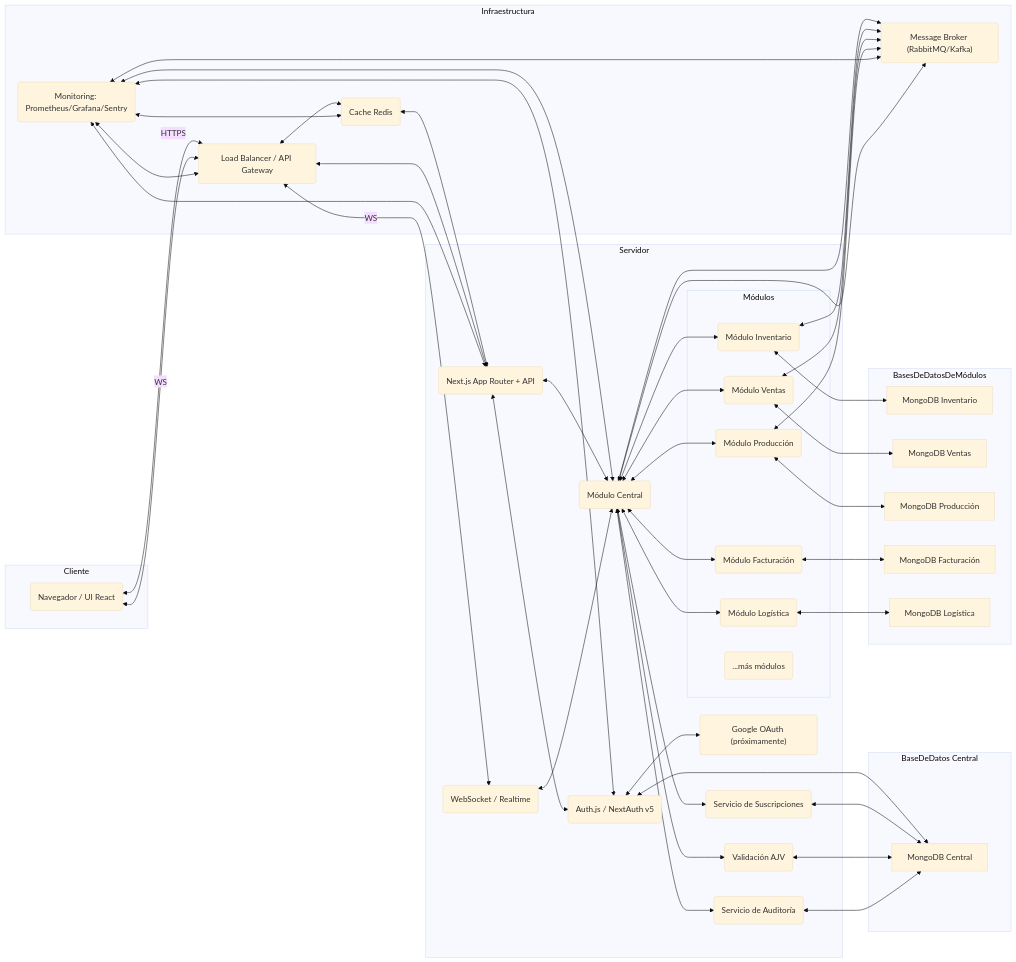
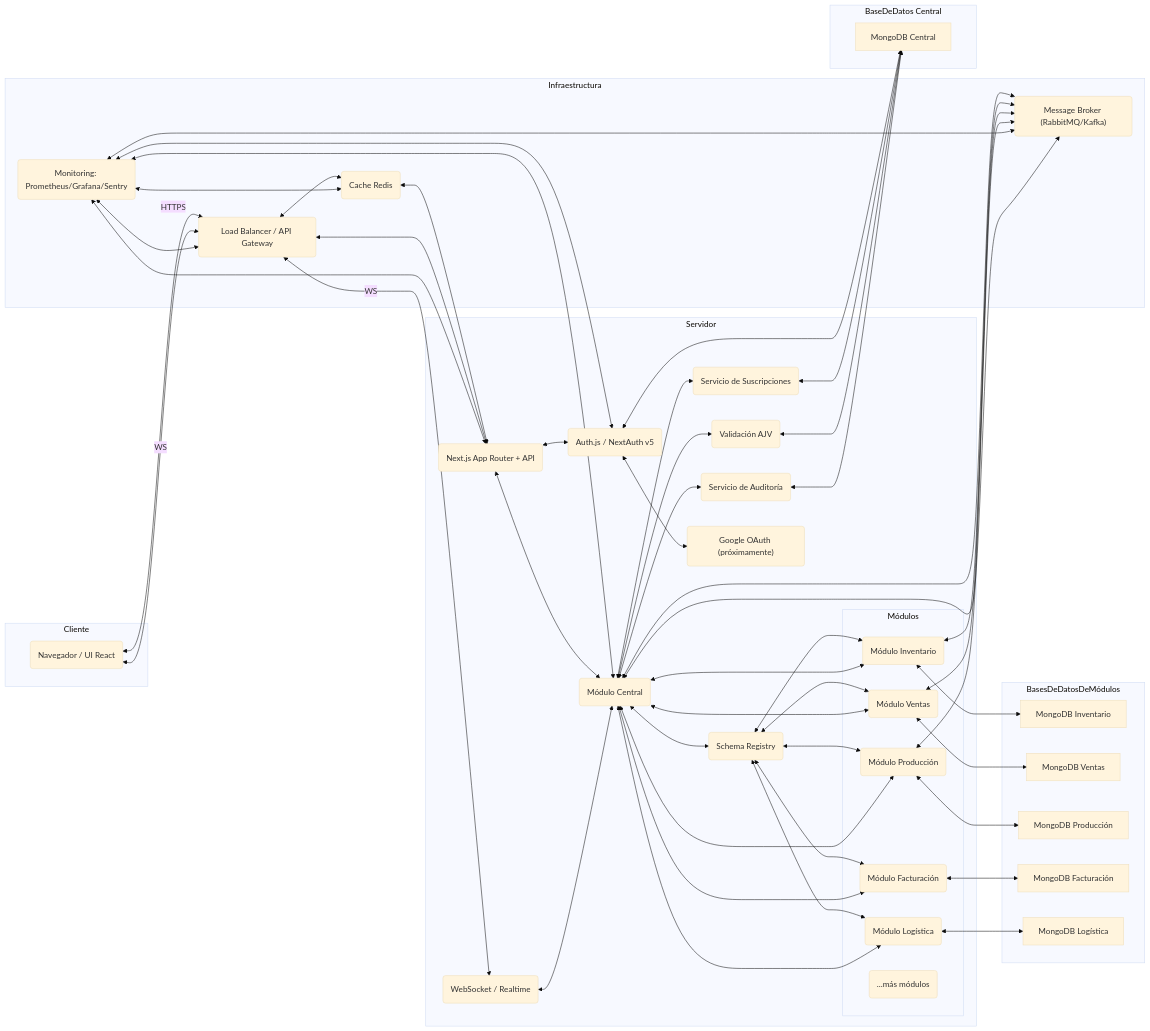
The diagram in README.md (GrappePie/CoreFoundry), drawn with Mermaid (base theme) before and after one commit. The commit also changed other lines of this file and 3 other files, not shown here.

Commit message:
Add module manifest schema and registry docs

```diff
--- a/README.md
+++ b/README.md
@@ -29,6 +29,7 @@
     SubscriptionService("Servicio de Suscripciones")
     ValidationService("Validación AJV")
     AuditService("Servicio de Auditoría")
+    SchemaRegistry("Schema Registry")
     WS("WebSocket / Realtime")
     subgraph Módulos
       InventoryModule("Módulo Inventario")
@@ -63,9 +64,15 @@
   SubscriptionService <--> CentralDB
   CoreModule <--> ValidationService
   ValidationService <--> CentralDB
-  CoreModule <--> AuditService
-  AuditService <--> CentralDB
-  Browser <-->|WS| LB
+    CoreModule <--> AuditService
+    AuditService <--> CentralDB
+    CoreModule <--> SchemaRegistry
+    SchemaRegistry <--> InventoryModule
+    SchemaRegistry <--> SalesModule
+    SchemaRegistry <--> ProductionModule
+    SchemaRegistry <--> BillingModule
+    SchemaRegistry <--> LogisticsModule
+    Browser <-->|WS| LB
   LB <-->|WS| WS
   WS <--> CoreModule
   CoreModule <--> InventoryModule
```
